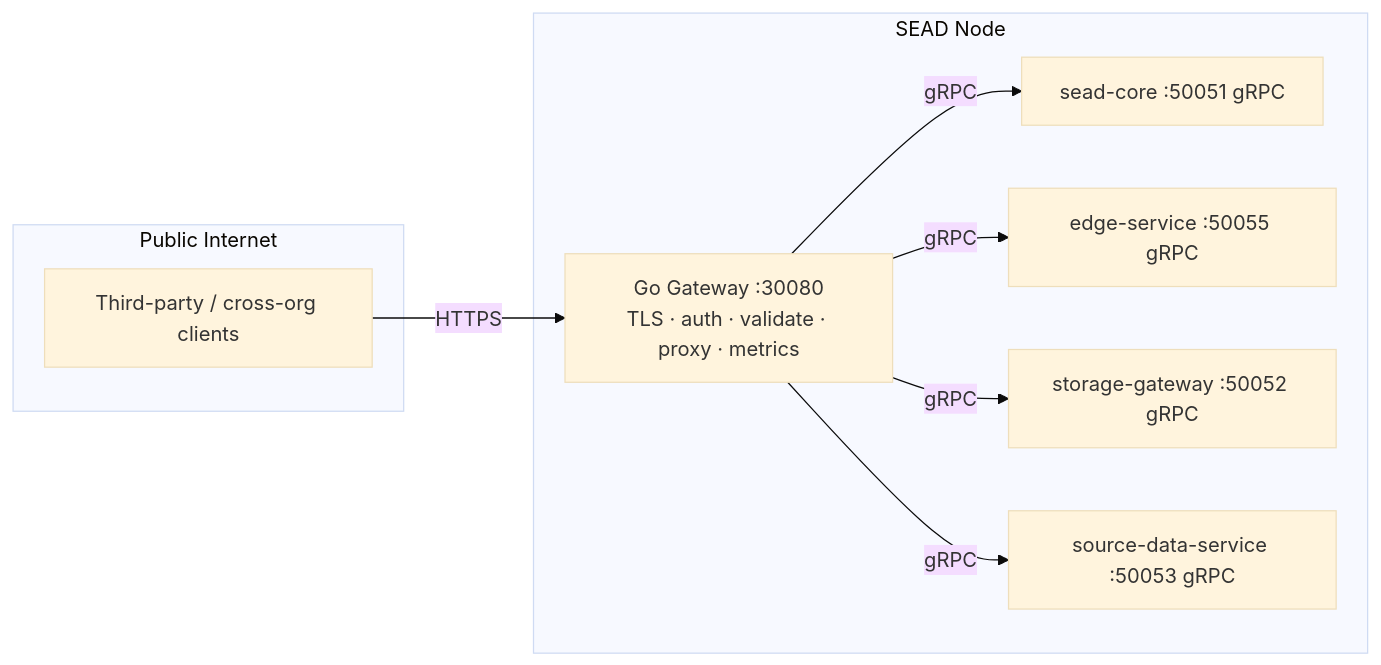
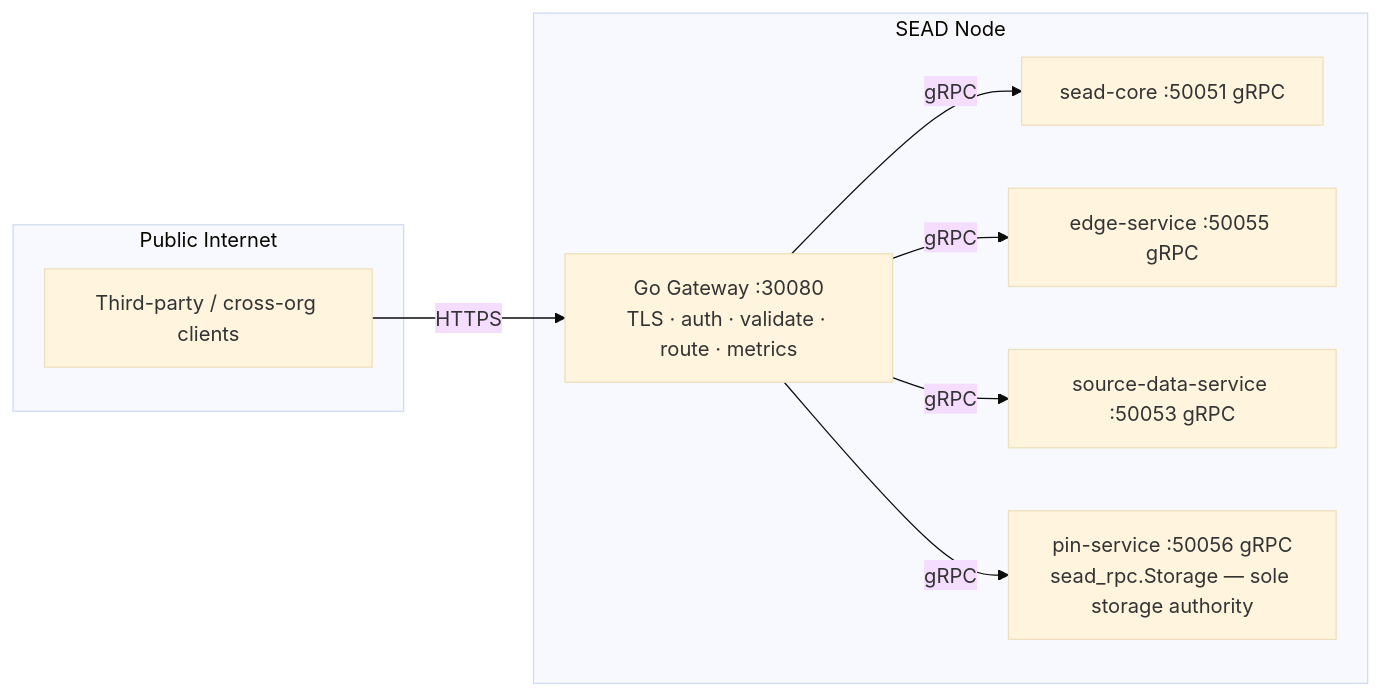
Before and after one commit to Stardome-technology/stardome-sead-gateway: the diagram in README.md, drawn with Mermaid (base theme). The commit also changed other lines of this file and 3 other files, not shown here.

First line of the commit message:
HTTPS single-sided gateway default, SEAD_AUTH_SECRET rename, pin-service router docs (#3)

````diff
--- a/README.md
+++ b/README.md
@@ -10,20 +12,20 @@
 ```mermaid
 graph LR
     subgraph "Public Internet"
         Client[Third-party / cross-org clients]
     end
 
     subgraph "SEAD Node"
-        GW[Go Gateway :30080<br/>TLS · auth · validate · proxy · metrics]
+        GW[Go Gateway :30080<br/>TLS · auth · validate · route · metrics]
         SC[sead-core :50051 gRPC]
         ED[edge-service :50055 gRPC]
-        ST[storage-gateway :50052 gRPC]
         SD[source-data-service :50053 gRPC]
+        PS[pin-service :50056 gRPC<br/>sead_rpc.Storage — sole storage authority]
         GW -->|gRPC| SC
         GW -->|gRPC| ED
-        GW -->|gRPC| ST
         GW -->|gRPC| SD
+        GW -->|gRPC| PS
     end
 
     Client -->|HTTPS| GW
 ```
````
